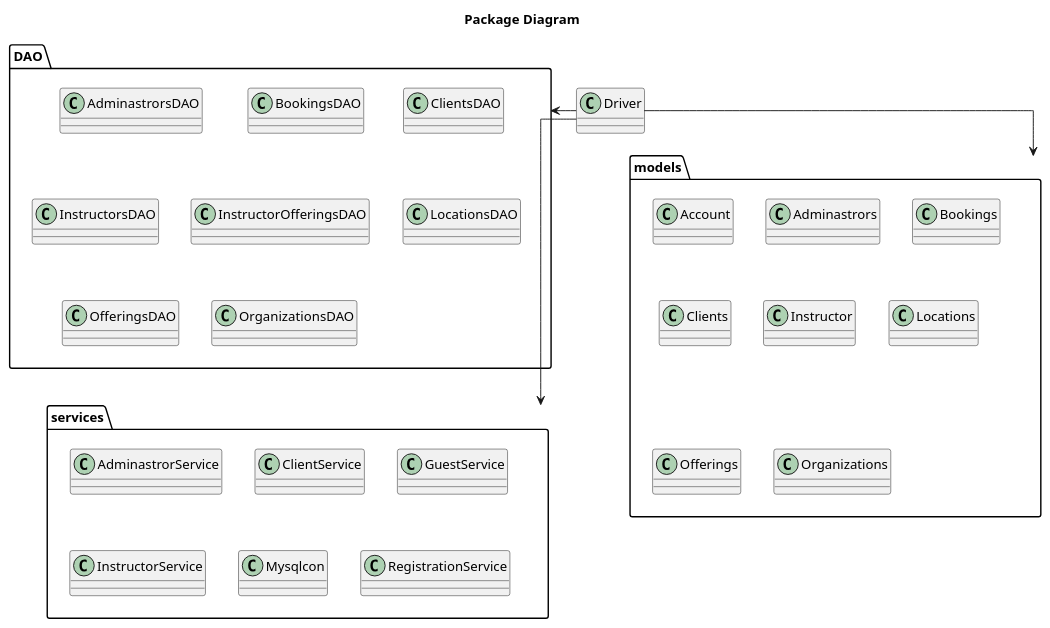
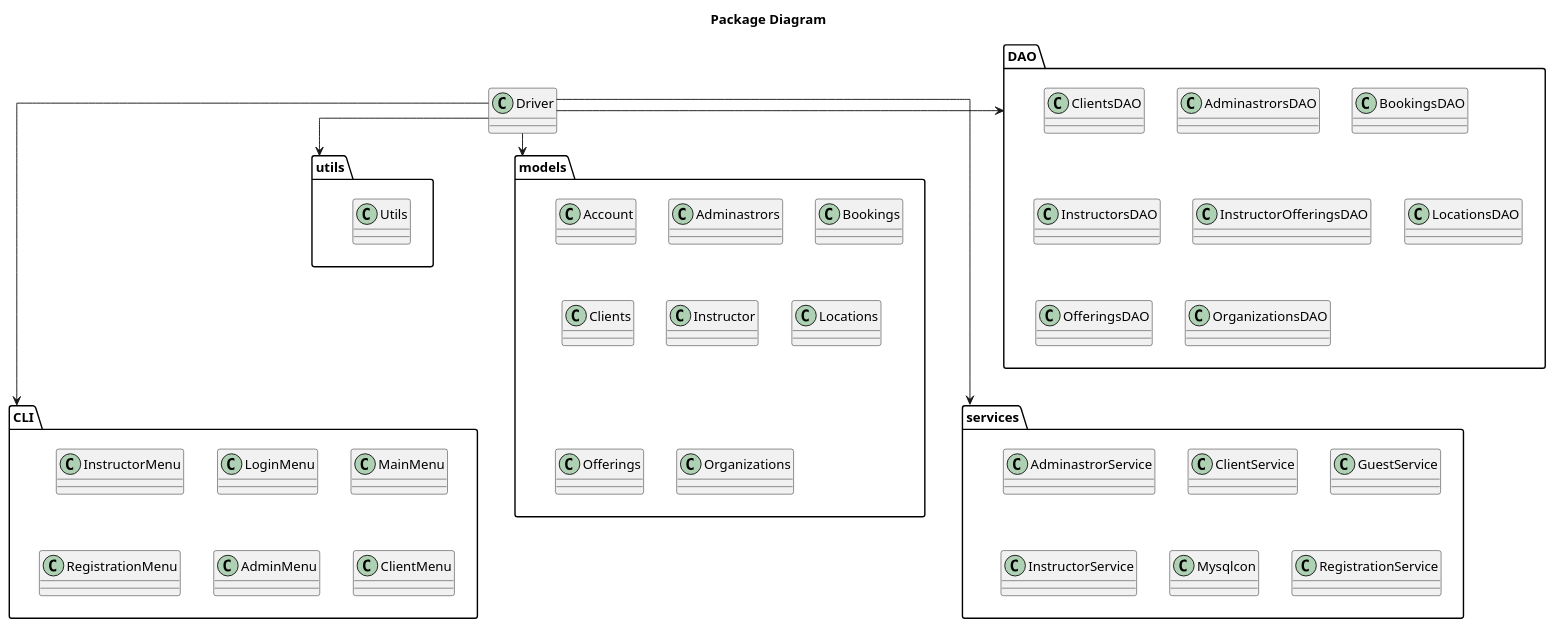
The diagram in Documentation/Package Diagrams/PackgaeDiagram#2.plantUML (FrancoDominguez/SOEN342-project), drawn with PlantUML before and after one commit. The commit also changed 5 other files, not shown here.

```diff
--- a/Documentation/Package Diagrams/PackgaeDiagram#2.plantUML
+++ b/Documentation/Package Diagrams/PackgaeDiagram#2.plantUML
@@ -1,43 +1,59 @@
 @startuml
 skinparam linetype ortho
 
 title Package Diagram
 
 package "DAO" {
   class AdminastrorsDAO
   class BookingsDAO
   class ClientsDAO
   class InstructorsDAO
   class InstructorOfferingsDAO
   class LocationsDAO
   class OfferingsDAO
   class OrganizationsDAO
 }
 
 package "models" {
     class Account
     class Adminastrors
     class Bookings
     class Clients
     class Instructor
     class Locations
     class Offerings
     class Organizations
 } 
 
 package "services" {
     class AdminastrorService
     class ClientService
     class GuestService
     class InstructorService
     class Mysqlcon
     class RegistrationService
 }
 
+package "CLI" {
+  class InstructorMenu
+  class LoginMenu
+  class MainMenu
+  class RegistrationMenu
+  class AdminMenu
+  class ClientMenu
+}
+
+package "utils"{
+  class Utils
+}
+
 class Driver
 
 Driver -> DAO
 Driver --> models
-Driver -> services
+Driver --> services
+Driver -> CLI
+Driver --> utils
+
 
 @enduml
```
